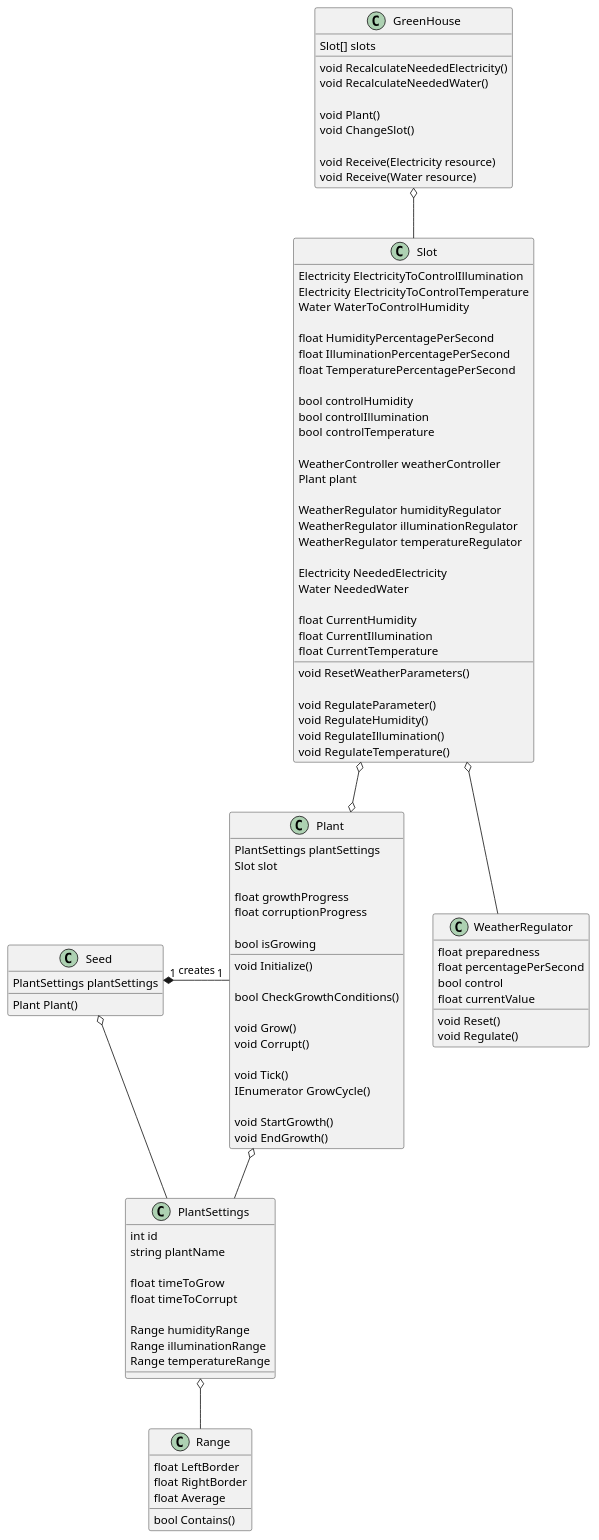
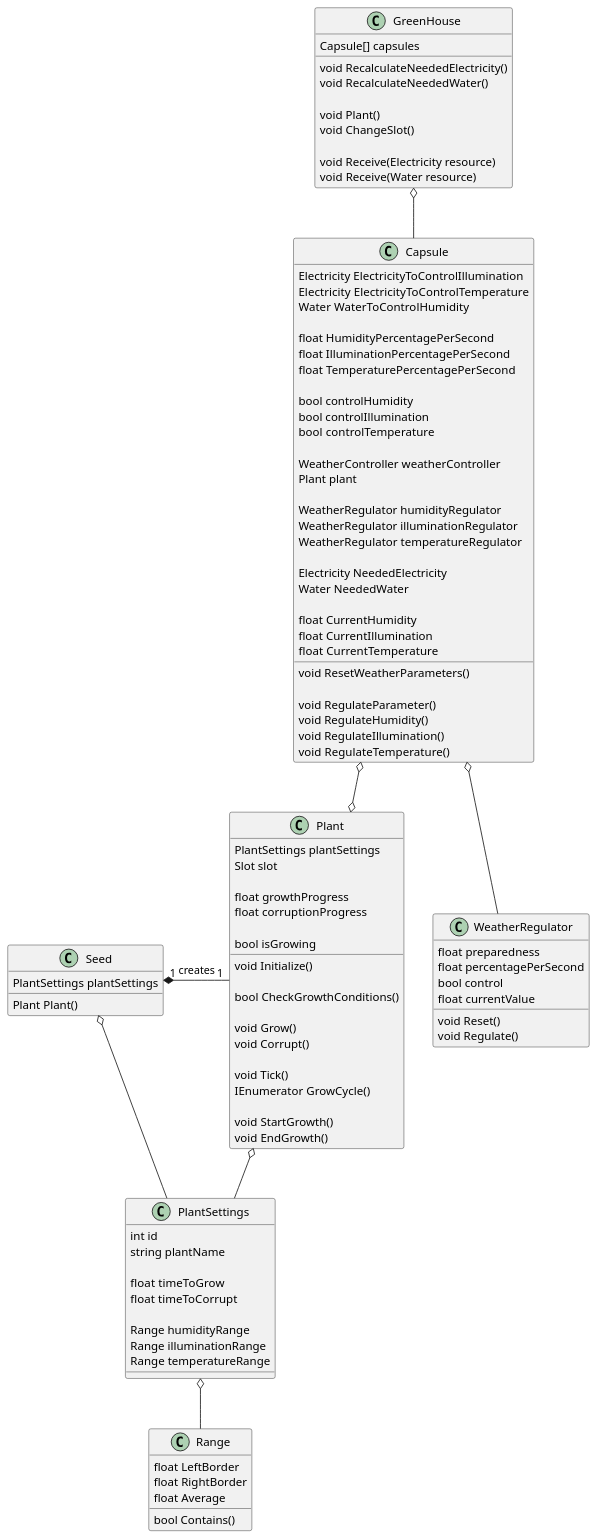
One commit to unknownMusician/Biosearcher changed the diagram in Assets/Resources/Plants/Scripts/Diagramm.puml. Above: the diagram before and after it, drawn with PlantUML. The commit also changed 32 other files, not shown here.

```diff
--- a/Assets/Resources/Plants/Scripts/Diagramm.puml
+++ b/Assets/Resources/Plants/Scripts/Diagramm.puml
@@ -1,119 +1,119 @@
 @startuml
 
 class PlantSettings
 {
     int id
     string plantName
     
     float timeToGrow
     float timeToCorrupt
     
     Range humidityRange
     Range illuminationRange
     Range temperatureRange
 }
 class Seed
 {
     PlantSettings plantSettings
     
     Plant Plant()
 }
 class Plant
 {
     PlantSettings plantSettings
     Slot slot
     
     float growthProgress
     float corruptionProgress
     
     bool isGrowing
     
     void Initialize()
     
     bool CheckGrowthConditions()
     
     void Grow()
     void Corrupt()
     
     void Tick()
     IEnumerator GrowCycle()
 
     void StartGrowth()
     void EndGrowth()
 }
 class Range
 {
     float LeftBorder
     float RightBorder
     float Average
     
     bool Contains()
 }
-class Slot
+class Capsule
 {   
     Electricity ElectricityToControlIllumination
     Electricity ElectricityToControlTemperature
     Water WaterToControlHumidity
     
     float HumidityPercentagePerSecond
     float IlluminationPercentagePerSecond
     float TemperaturePercentagePerSecond
     
     bool controlHumidity
     bool controlIllumination
     bool controlTemperature
 
     WeatherController weatherController
     Plant plant
     
     WeatherRegulator humidityRegulator
     WeatherRegulator illuminationRegulator
     WeatherRegulator temperatureRegulator
     
     Electricity NeededElectricity
     Water NeededWater
     
     float CurrentHumidity
     float CurrentIllumination
     float CurrentTemperature
     
     void ResetWeatherParameters()
     
     void RegulateParameter()
     void RegulateHumidity()
     void RegulateIllumination()
     void RegulateTemperature()
 }
 class GreenHouse
 {
-    Slot[] slots
+    Capsule[] capsules
     
     void RecalculateNeededElectricity()
     void RecalculateNeededWater()
     
     void Plant()
     void ChangeSlot()
     
     void Receive(Electricity resource)
     void Receive(Water resource)
 }
 class WeatherRegulator
 {
     float preparedness
     float percentagePerSecond
     bool control
     float currentValue
         
     void Reset()
     void Regulate()
 }
 
 Seed "1" *- "1" Plant : creates
 Seed o-- PlantSettings
 Plant o-- PlantSettings
 PlantSettings o-- Range
-Slot o--o Plant
-GreenHouse o-- Slot
-Slot o-- WeatherRegulator
+Capsule o--o Plant
+GreenHouse o-- Capsule
+Capsule o-- WeatherRegulator
 
 @enduml
```
